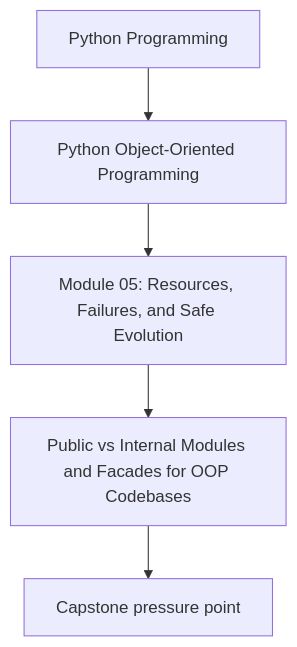
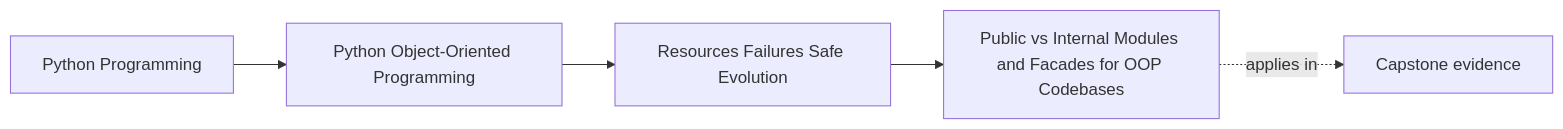
The first of 2 diagrams in programs/python-programming/python-object-oriented-programming/course-book/module-05-resources-failures-safe-evolution/public-versus-internal-modules.md (bijux/bijux-masterclass), drawn with Mermaid before and after one commit. The commit also changed other lines of this file and 103 other files, not shown here.

Commit message:
docs(python-object-oriented-programming): map sustainment and capstone surfaces

````diff
--- a/programs/python-programming/python-object-oriented-programming/course-book/module-05-resources-failures-safe-evolution/public-versus-internal-modules.md
+++ b/programs/python-programming/python-object-oriented-programming/course-book/module-05-resources-failures-safe-evolution/public-versus-internal-modules.md
@@ -7,7 +7,11 @@
 ```mermaid
-flowchart TD
-  family["Python Programming"] --> program["Python Object-Oriented Programming"]
-  program --> module["Module 05: Resources, Failures, and Safe Evolution"]
-  module --> concept["Public vs Internal Modules and Facades for OOP Codebases"]
-  concept --> capstone["Capstone pressure point"]
+graph LR
+  family["Python Programming"]
+  program["Python Object-Oriented Programming"]
+  section["Resources Failures Safe Evolution"]
+  page["Public vs Internal Modules and Facades for OOP Codebases"]
+  capstone["Capstone evidence"]
+
+  family --> program --> section --> page
+  page -.applies in.-> capstone
 ```
````
